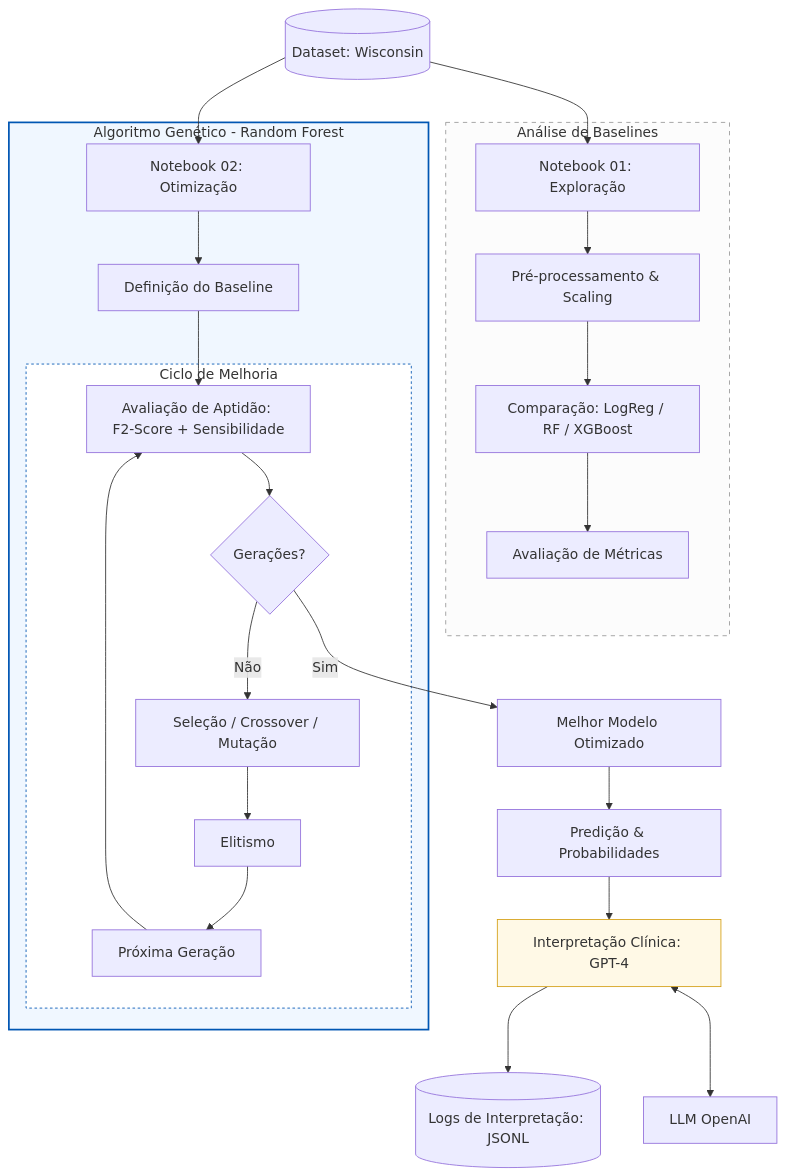
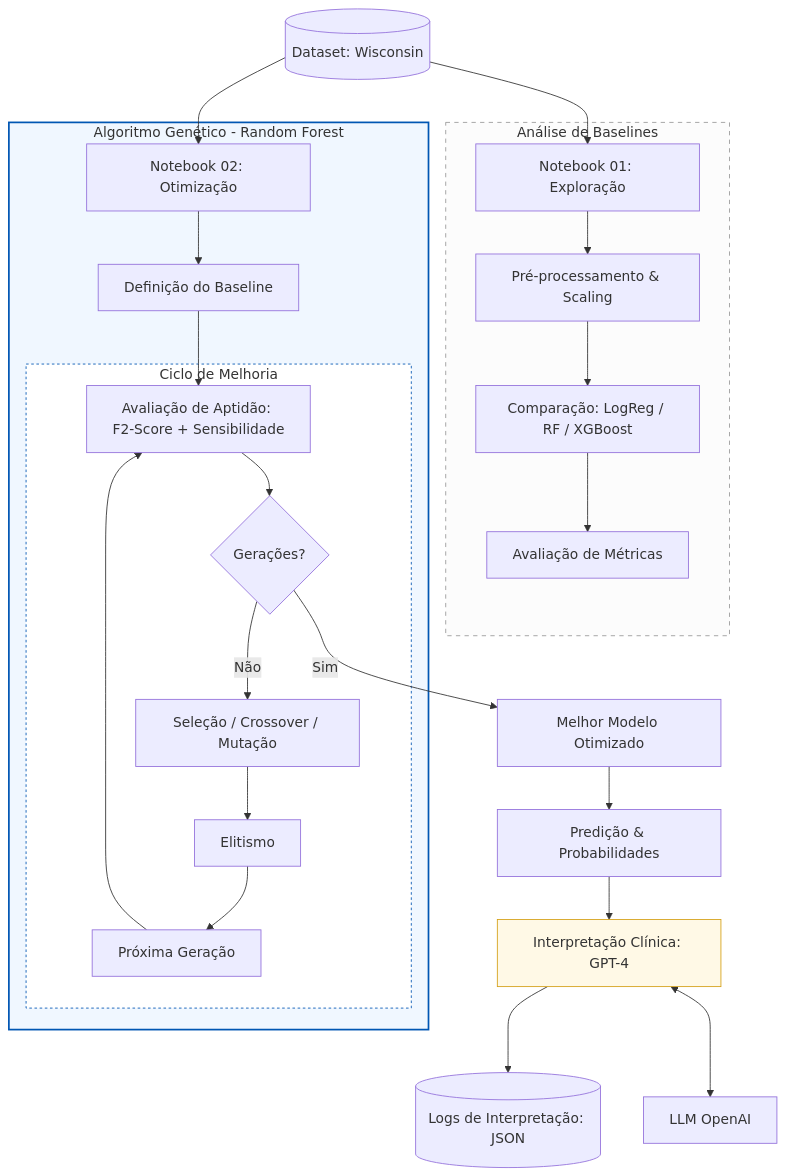
Before and after one commit to seiji8503/fiap-ia-tech-challenge-2-women-health: the diagram in readme.md, drawn with Mermaid.

Commit message:
Architecture

````diff
--- a/readme.md
+++ b/readme.md
@@ -102,45 +102,45 @@
 ```mermaid
 flowchart TB
  subgraph N1["Análise de Baselines"]
         Pre["Pré-processamento & Scaling"]
         N1_Start["Notebook 01: Exploração"]
         Comp["Comparação: LogReg / RF / XGBoost"]
         Eval_N1["Avaliação de Métricas"]
   end
  subgraph Loop["Ciclo de Melhoria"]
         Fit["Avaliação de Aptidão: F2-Score + Sensibilidade"]
         Stop{"Gerações?"}
         Genetic["Seleção / Crossover / Mutação"]
         Elite["Elitismo"]
         n1["Próxima Geração"]
   end
  subgraph N2["Algoritmo Genético - Random Forest"]
         Base["Definição do Baseline"]
         N2_Start["Notebook 02: Otimização"]
         Loop
   end
     Data[("Dataset: Wisconsin")] --> N1_Start & N2_Start
     N1_Start --> Pre
     Pre --> Comp
     Comp --> Eval_N1
     N2_Start --> Base
     Stop -- Não --> Genetic
     Genetic --> Elite
     Stop -- Sim --> Best["Melhor Modelo Otimizado"]
     Best --> Predict["Predição & Probabilidades"]
     Predict --> LLM["Interpretação Clínica: GPT-4"]
-    LLM --> Audit[("Logs de Interpretação: JSONL")]
+    LLM --> Audit[("Logs de Interpretação: JSON")]
     LLM <--> n2["LLM OpenAI"]
     Fit --> Stop
     n1 --> Fit
     Elite --> n1
     Base --> Fit
 
     Eval_N1@{ shape: rect}
     n1@{ shape: rect}
     n2@{ shape: rect}
     style Loop fill:#ffffff,stroke:#0056b3,stroke-dasharray: 3 3
     style LLM fill:#fff9e6,stroke:#d4a017
     style N1 fill:#fcfcfc,stroke:#999,stroke-dasharray: 5 5
     style N2 fill:#f0f7ff,stroke:#0056b3,stroke-width:2px
 ```
````
